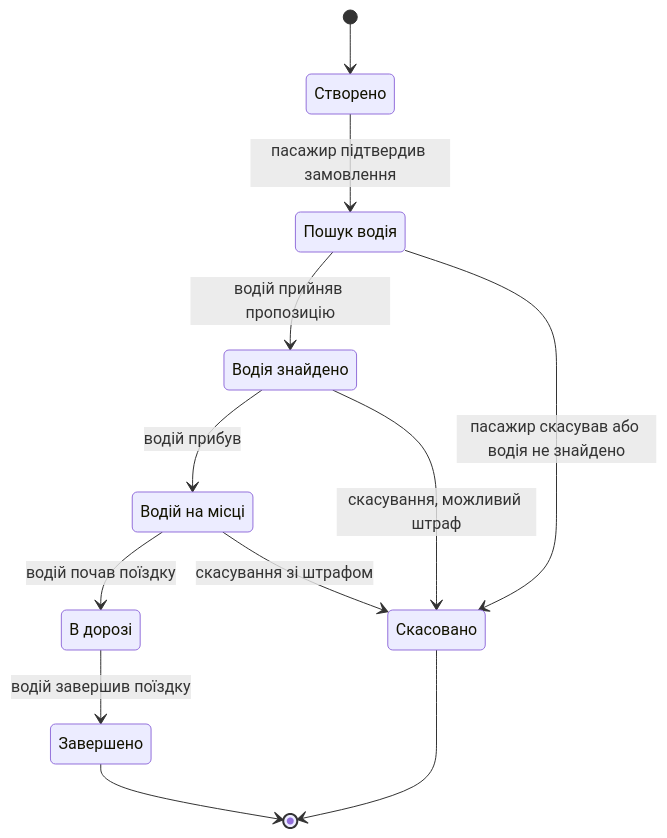
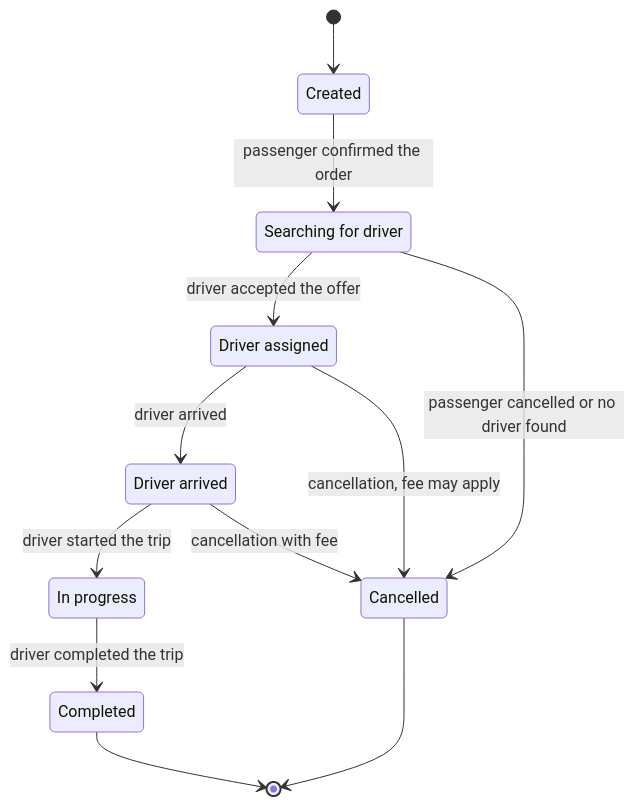
One commit to mineo71/taxi-app changed the second of 2 diagrams in docs/architecture/c3-order-service.md. Above: the diagram before and after it, drawn with Mermaid. The commit also changed other lines of this file and 28 other files, not shown here.

````diff
--- a/docs/architecture/c3-order-service.md
+++ b/docs/architecture/c3-order-service.md
@@ -80,22 +80,22 @@
 ```mermaid
 stateDiagram-v2
-  state "Створено" as Created
-  state "Пошук водія" as Searching
-  state "Водія знайдено" as Assigned
-  state "Водій на місці" as Arrived
-  state "В дорозі" as InProgress
-  state "Завершено" as Completed
-  state "Скасовано" as Cancelled
+  state "Created" as Created
+  state "Searching for driver" as Searching
+  state "Driver assigned" as Assigned
+  state "Driver arrived" as Arrived
+  state "In progress" as InProgress
+  state "Completed" as Completed
+  state "Cancelled" as Cancelled
 
   [*] --> Created
-  Created --> Searching: пасажир підтвердив замовлення
-  Searching --> Assigned: водій прийняв пропозицію
-  Searching --> Cancelled: пасажир скасував або водія не знайдено
-  Assigned --> Arrived: водій прибув
-  Assigned --> Cancelled: скасування, можливий штраф
-  Arrived --> InProgress: водій почав поїздку
-  Arrived --> Cancelled: скасування зі штрафом
-  InProgress --> Completed: водій завершив поїздку
+  Created --> Searching: passenger confirmed the order
+  Searching --> Assigned: driver accepted the offer
+  Searching --> Cancelled: passenger cancelled or no driver found
+  Assigned --> Arrived: driver arrived
+  Assigned --> Cancelled: cancellation, fee may apply
+  Arrived --> InProgress: driver started the trip
+  Arrived --> Cancelled: cancellation with fee
+  InProgress --> Completed: driver completed the trip
   Completed --> [*]
   Cancelled --> [*]
 ```
````
